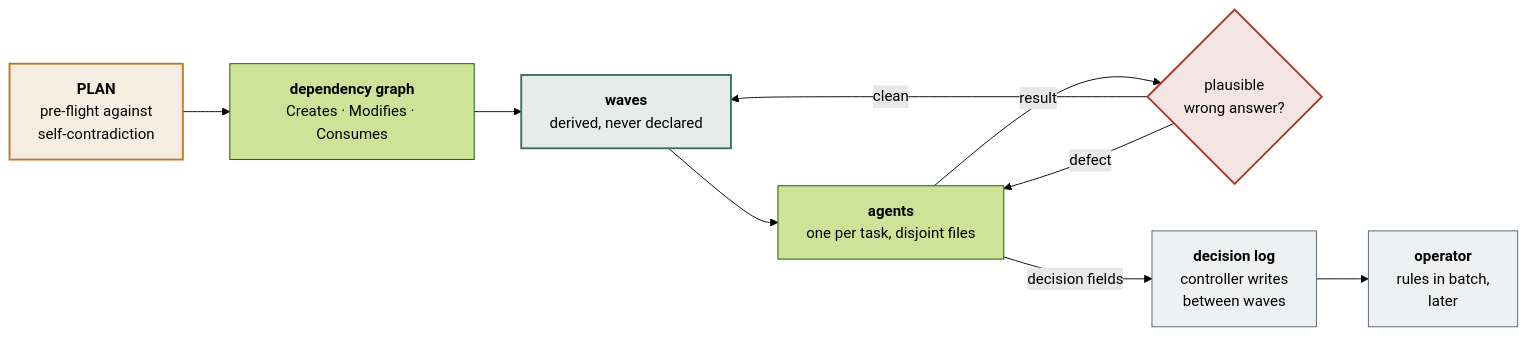
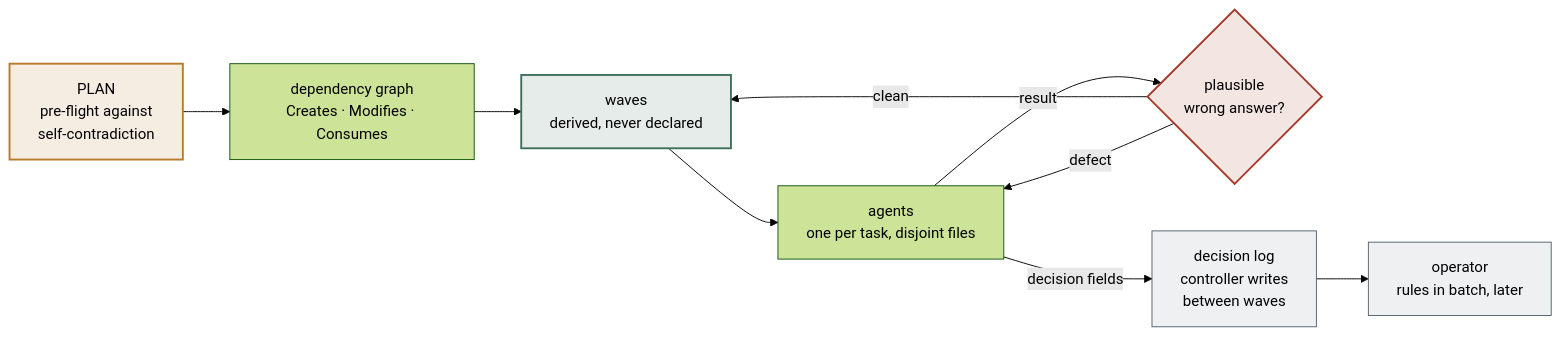
The diagram in README.md (mikl0s/spp), drawn with Mermaid (forest theme) before and after one commit. The commit also changed other lines of this file and 4 other files, not shown here.

Commit message:
chore: dropped html in mermaid, fixed some urls

````diff
--- a/README.md
+++ b/README.md
@@ -92,23 +94,23 @@
 ```mermaid
 flowchart LR
-    PLAN["<b>PLAN</b><br/>pre-flight against<br/>self-contradiction"]
-    G["<b>dependency graph</b><br/>Creates · Modifies · Consumes"]
-    W["<b>waves</b><br/>derived, never declared"]
-    A["<b>agents</b><br/>one per task, disjoint files"]
-    R{"plausible<br/>wrong answer?"}
-    D["<b>decision log</b><br/>controller writes<br/>between waves"]
-    OP["<b>operator</b><br/>rules in batch,<br/>later"]
+    PLAN["PLAN<br>pre-flight against<br>self-contradiction"]
+    G["dependency graph<br>Creates · Modifies · Consumes"]
+    W["waves<br>derived, never declared"]
+    A["agents<br>one per task, disjoint files"]
+    R{"plausible<br>wrong answer?"}
+    D["decision log<br>controller writes<br>between waves"]
+    OP["operator<br>rules in batch, later"]
 
     PLAN --> G --> W --> A
     A -->|"result"| R
     R -->|"clean"| W
     R -->|"defect"| A
     A -->|"decision fields"| D
     D --> OP
 
     style PLAN fill:#B8792B22,stroke:#B8792B,stroke-width:2px
     style W fill:#3E705922,stroke:#3E7059,stroke-width:2px
     style R fill:#A33B2A22,stroke:#A33B2A,stroke-width:2px
     style D fill:#16202B11,stroke:#55636E
     style OP fill:#16202B11,stroke:#55636E
 ```
````
